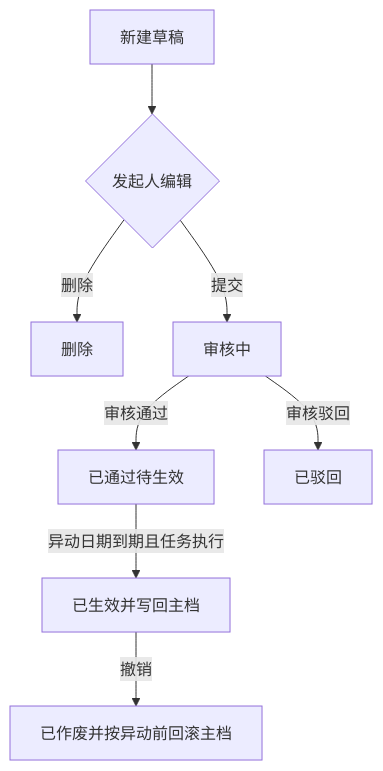
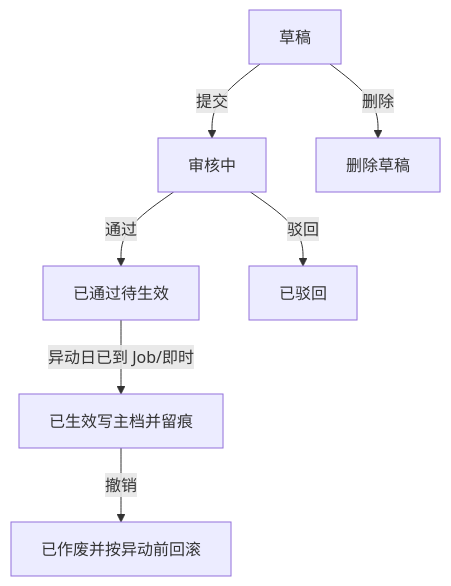
Before and after one commit to 769601895/ehr: the diagram in doc/分析文档/人事管理/异动管理/01-需求与方案总览.md, drawn with Mermaid. The commit also changed other lines of this file and 88 other files, not shown here.

````diff
--- a/doc/分析文档/人事管理/异动管理/01-需求与方案总览.md
+++ b/doc/分析文档/人事管理/异动管理/01-需求与方案总览.md
@@ -118,10 +102,9 @@
 ```mermaid
 flowchart TD
-  A[新建草稿] --> B{发起人编辑}
-  B -->|删除| X[删除]
-  B -->|提交| C[审核中]
-  C -->|审核通过| D[已通过待生效]
-  C -->|审核驳回| E[已驳回]
-  D -->|异动日期到期且任务执行| F[已生效并写回主档]
-  F -->|撤销| G[已作废并按异动前回滚主档]
+  A[草稿] -->|提交| B[审核中]
+  B -->|通过| C[已通过待生效]
+  B -->|驳回| R[已驳回]
+  C -->|异动日已到 Job/即时| D[已生效写主档并留痕]
+  D -->|撤销| V[已作废并按异动前回滚]
+  A -->|删除| X[删除草稿]
 ```
````
